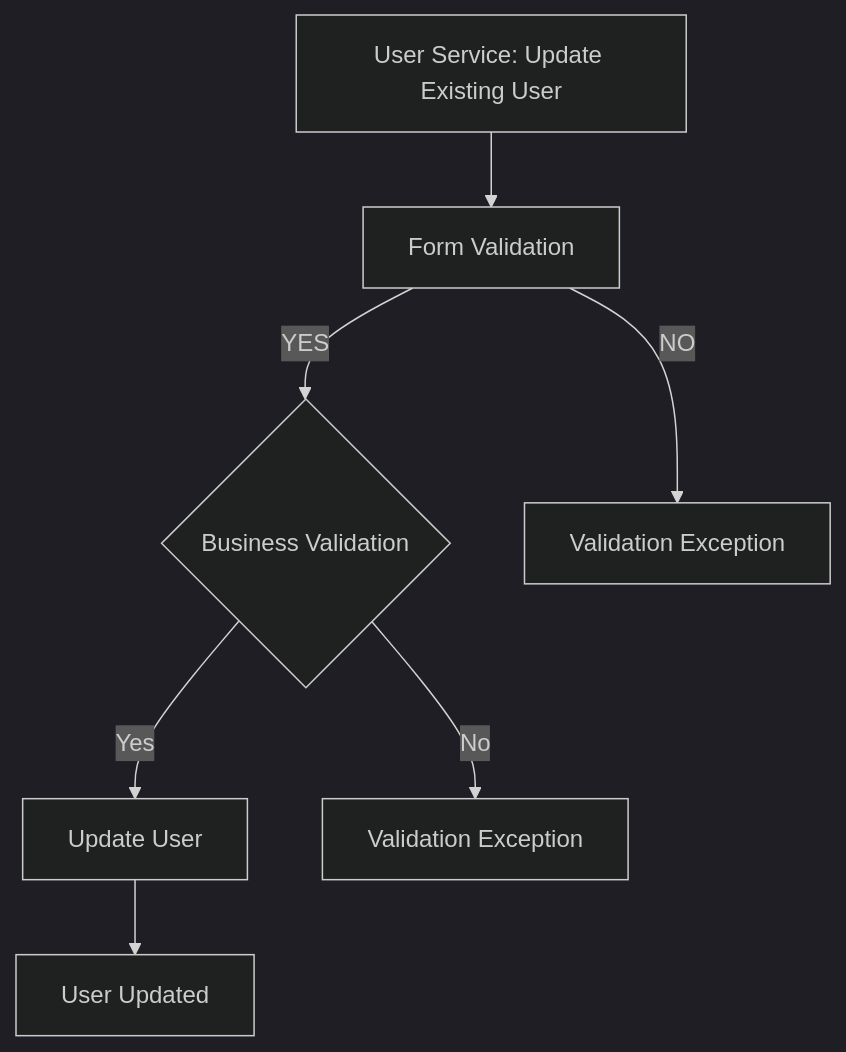
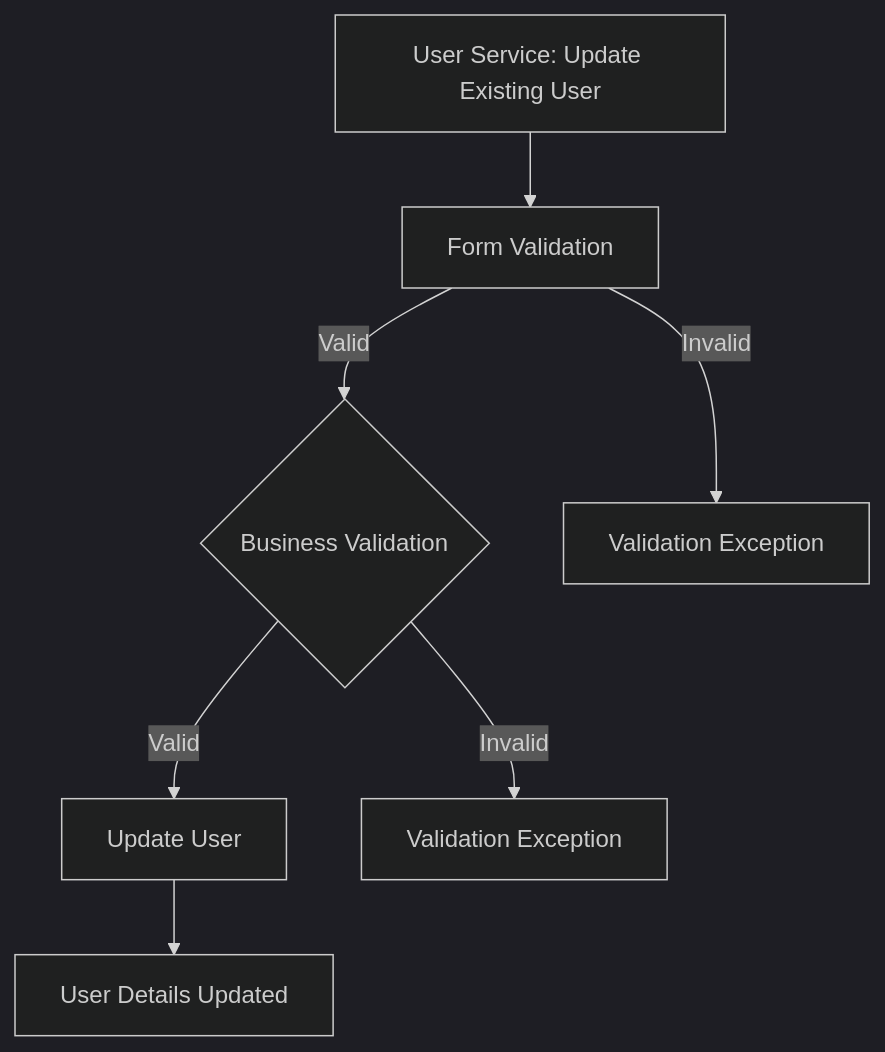
The second of 9 diagrams in README.md (fssa-batch3/sec_b_inbalokesh.esakkipandi__corejava_project_2), drawn with Mermaid (dark theme) before and after one commit. The commit also changed other lines of this file, not shown here.

````diff
--- a/README.md
+++ b/README.md
@@ -90,8 +98,8 @@
 ```mermaid
 graph TD;
-  A["User Service: Update Existing User"] --> B["Form Validation"]-- YES --> C{Business Validation}
-  B -- NO --> G["Validation Exception"]
-  C -- Yes --> D["Update User"]
-  D --> E["User Updated"]
-  C -- No --> F["Validation Exception"]
+  A["User Service: Update Existing User"] --> B["Form Validation"]-- Valid --> C{Business Validation}
+  B -- Invalid--> G["Validation Exception"]
+  C -- Valid --> D["Update User"]
+  C -- Invalid --> F["Validation Exception"]
+  D --> E["User Details Updated"]
 ```
````
